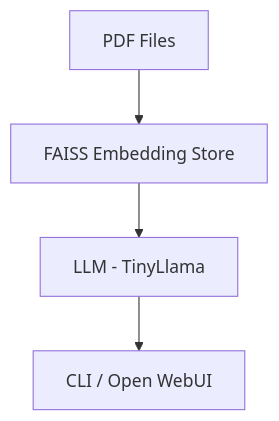
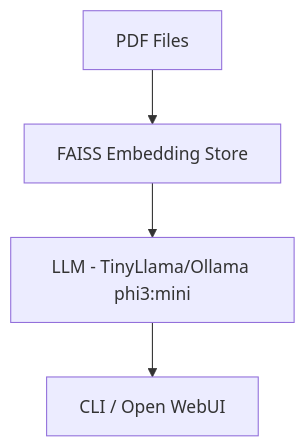
One commit to NayanEupho/IPR_RAG_Chat changed the diagram in README.md. Above: the diagram before and after it, drawn with Mermaid.

Commit message:
small formating fix in diagram section of README.md.

````diff
--- a/README.md
+++ b/README.md
@@ -24,6 +24,6 @@
 ```mermaid
 graph TD;
     A[PDF Files] --> B[FAISS Embedding Store];
-    B --> C[LLM - TinyLlama];
+    B --> C[LLM - TinyLlama/Ollama phi3:mini];
     C --> D[CLI / Open WebUI];
 ```
````
